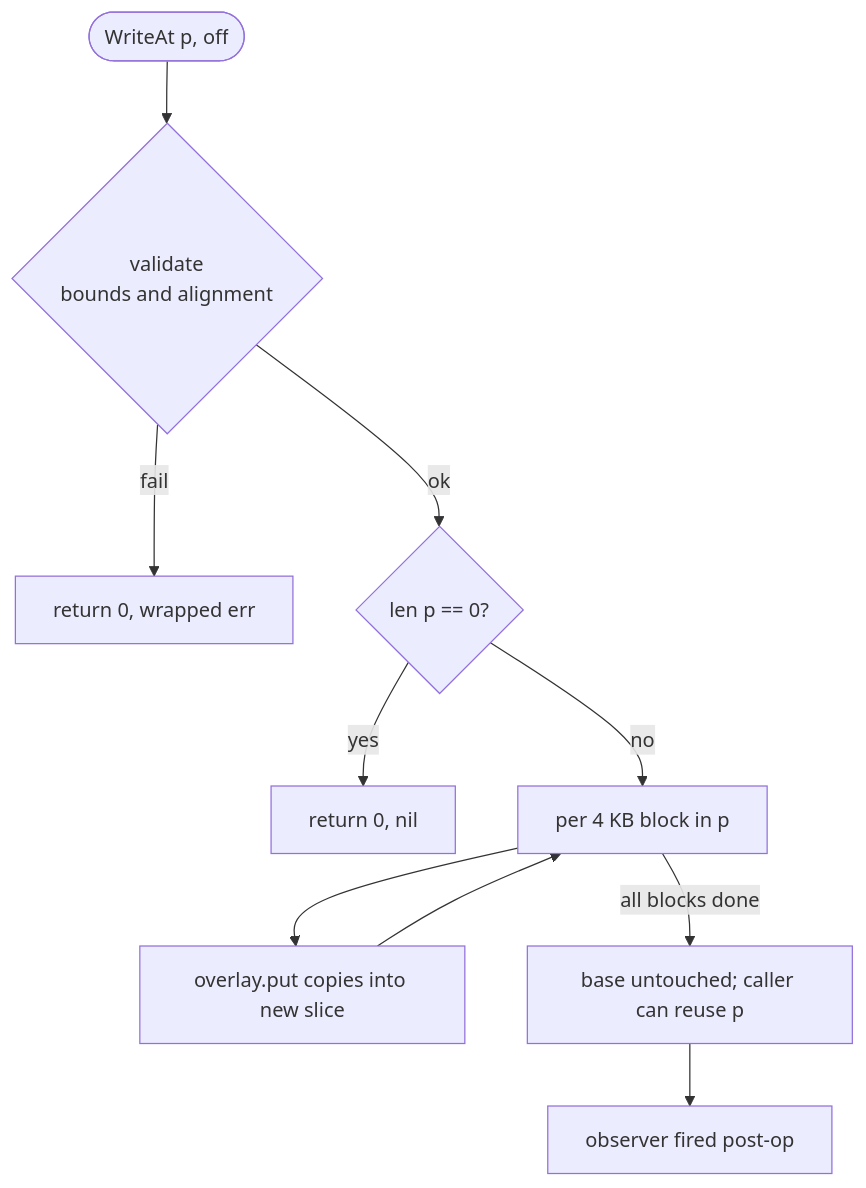
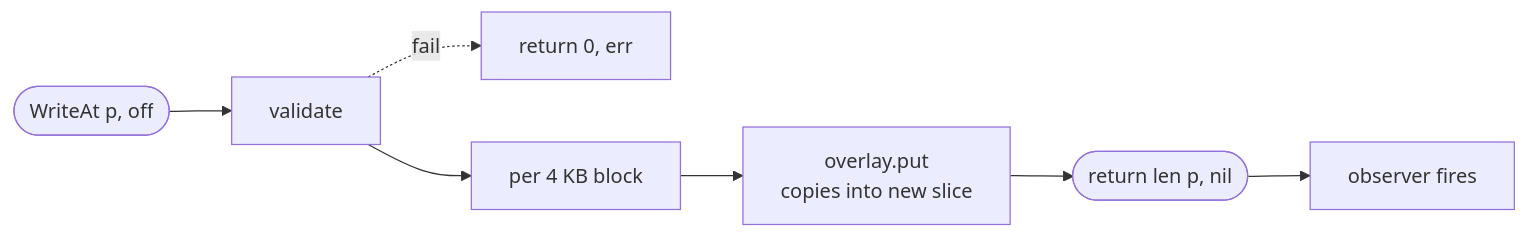
One commit to codingminions/blockdev changed the third of 3 diagrams in README.md. Above: the diagram before and after it, drawn with Mermaid. The commit also changed other lines of this file, not shown here.

Commit message:
Update README diagrams and order.

````diff
--- a/README.md
+++ b/README.md
@@ -123,12 +122,9 @@
 ```mermaid
-flowchart TD
-    Start([WriteAt p, off]) --> V{validate<br/>bounds and alignment}
-    V -->|fail| E[return 0, wrapped err]
-    V -->|ok| Z{len p == 0?}
-    Z -->|yes| R0[return 0, nil]
-    Z -->|no| L[per 4 KB block in p]
-    L --> CP[overlay.put copies into new slice]
-    CP --> L
-    L -->|all blocks done| Done[base untouched; caller can reuse p]
-    Done --> Obs[observer fired post-op]
+flowchart LR
+    A([WriteAt p, off]) --> V[validate]
+    V -.->|fail| X[return 0, err]
+    V --> B[per 4 KB block]
+    B --> P[overlay.put<br/>copies into new slice]
+    P --> R([return len p, nil])
+    R --> E[observer fires]
 ```
````
